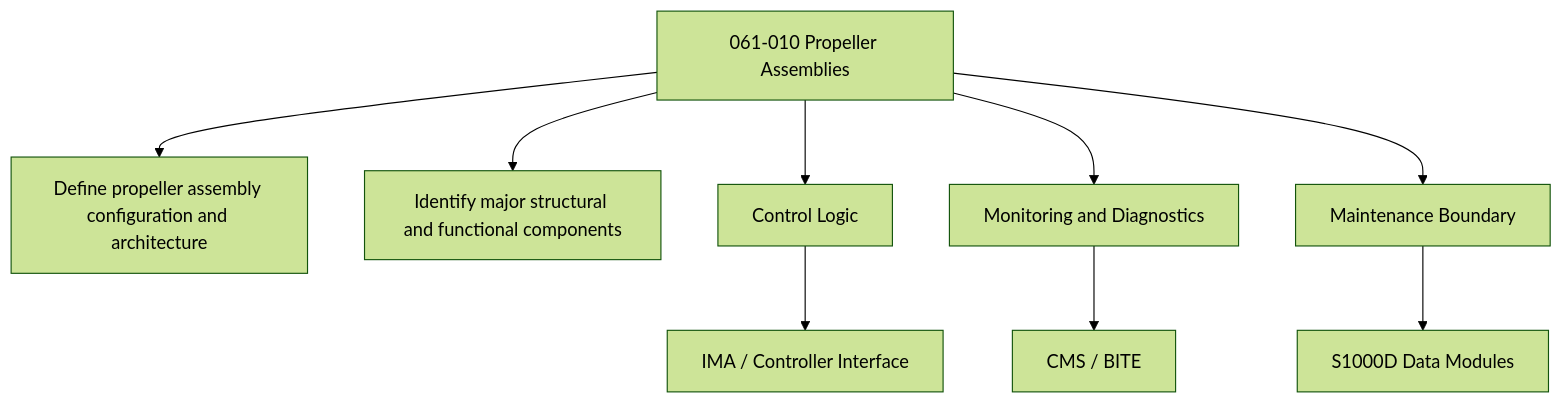
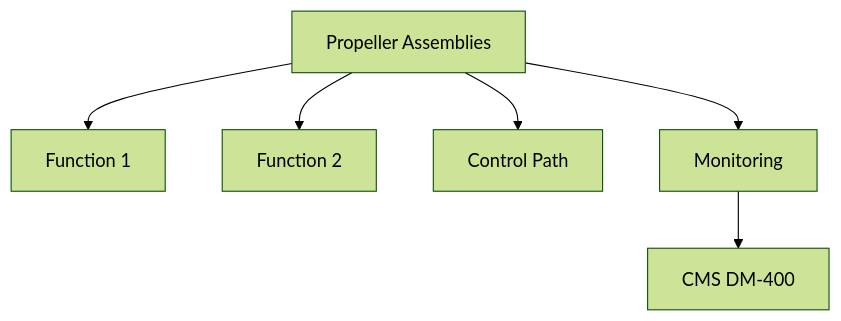
The second of 2 diagrams in Q+ATLANTIDE/000-099_ATLAS/060-069_Propulsion-Tradicional/061_Propellers-and-Propulsors/061-010-Propeller-Assemblies.md (AmedeoPelliccia/Qplus-For-All-Queer-People-and-Quantum), drawn with Mermaid (forest theme) before and after one commit. The commit also changed other lines of this file and 74 other files, not shown here.

````diff
--- a/Q+ATLANTIDE/000-099_ATLAS/060-069_Propulsion-Tradicional/061_Propellers-and-Propulsors/061-010-Propeller-Assemblies.md
+++ b/Q+ATLANTIDE/000-099_ATLAS/060-069_Propulsion-Tradicional/061_Propellers-and-Propulsors/061-010-Propeller-Assemblies.md
@@ -172,11 +106,8 @@
 ```mermaid
 flowchart TB
-    SYS[061-010 Propeller Assemblies] --> F1[Define propeller assembly configuration and architecture]
-    SYS --> F2[Identify major structural and functional components]
-    SYS --> CTRL[Control Logic]
-    SYS --> MON[Monitoring and Diagnostics]
-    SYS --> MAINT[Maintenance Boundary]
-    CTRL --> IMA[IMA / Controller Interface]
-    MON --> CMS[CMS / BITE]
-    MAINT --> CSDB[S1000D Data Modules]
+    SYS[Propeller Assemblies] --> F1[Function 1]
+    SYS --> F2[Function 2]
+    SYS --> CTRL[Control Path]
+    SYS --> MON[Monitoring]
+    MON --> CMS[CMS DM-400]
 ```
````
